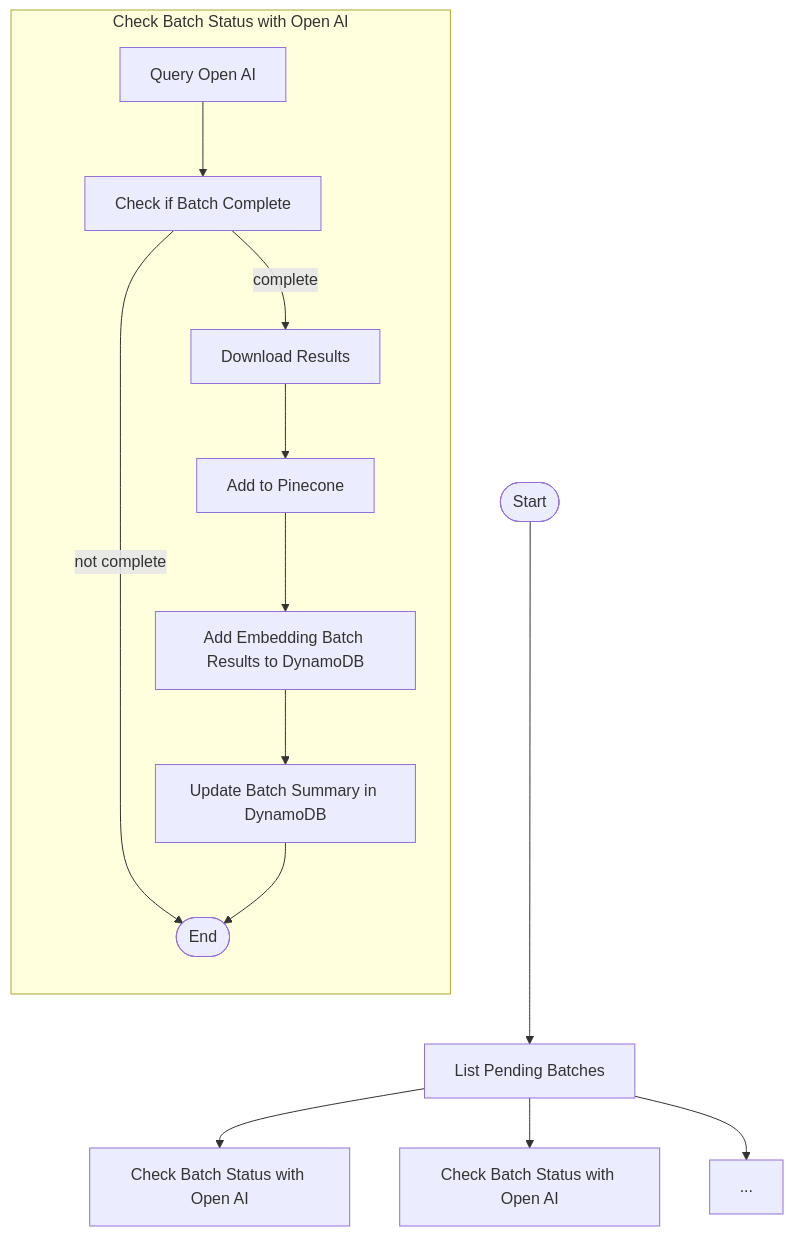
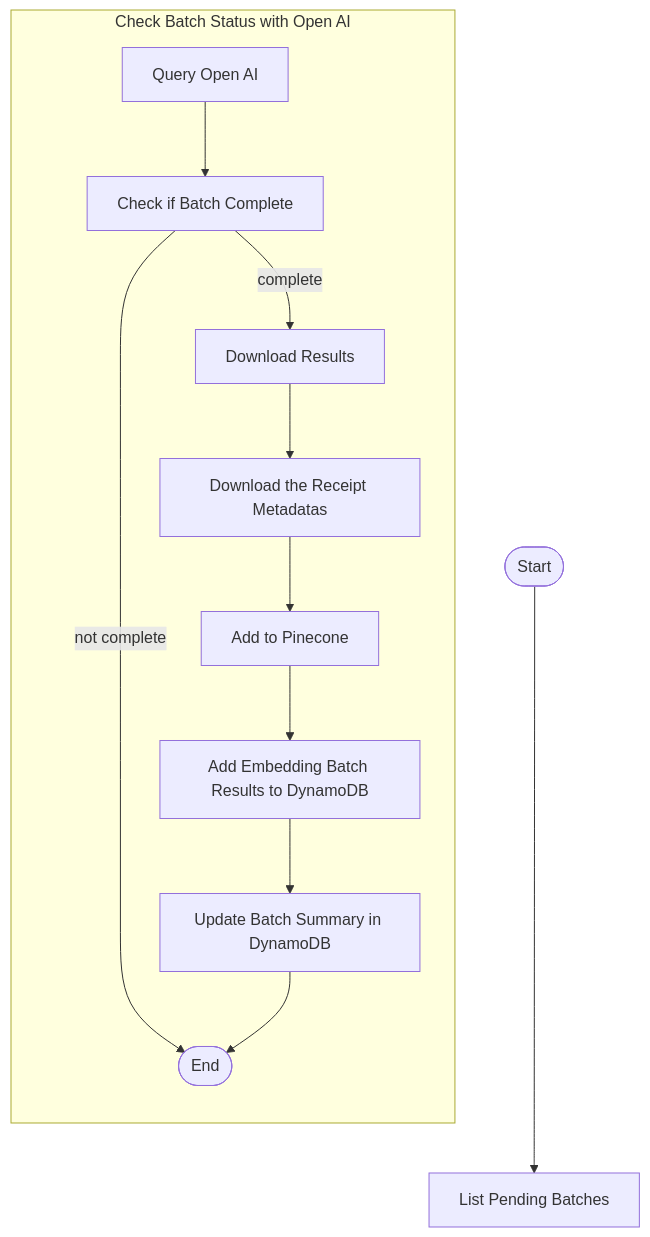
The diagram in receipt_label/receipt_label/poll_embedding_batch/README.md (tnorlund/Portfolio), drawn with Mermaid before and after one commit. The commit also changed other lines of this file and 12 other files, not shown here.

````diff
--- a/receipt_label/receipt_label/poll_embedding_batch/README.md
+++ b/receipt_label/receipt_label/poll_embedding_batch/README.md
@@ -5,19 +28,18 @@
 ```mermaid
 flowchart TD
     Start([Start]) --> ListPendingEmbeddingBatches["List Pending Batches"]
-    ListPendingEmbeddingBatches --> RetrieveBatchStatus0["Check Batch Status with Open AI"]
-    ListPendingEmbeddingBatches --> RetrieveBatchStatus1["Check Batch Status with Open AI"]
-    ListPendingEmbeddingBatches --> RetrieveBatchEllipsis["..."]
+
 
     subgraph "Check Batch Status with Open AI"
         direction TB
         RetrieveBatchStatus["Query Open AI"] --> IsBatchComplete["Check if Batch Complete"]
         IsBatchComplete -->|complete| DownloadResults["Download Results"]
         IsBatchComplete -->|not complete| End([End])
-        DownloadResults --> UpsertPinecone["Add to Pinecone"]
+        DownloadResults --> get_receipt_descriptions["Download the Receipt Metadatas"]
+        get_receipt_descriptions --> UpsertPinecone["Add to Pinecone"]
         UpsertPinecone --> AddEmbeddingBatchResult["Add Embedding Batch Results to DynamoDB"]
         AddEmbeddingBatchResult --> UpdateBatchSummary["Update Batch Summary in DynamoDB"]
     end
 
     UpdateBatchSummary --> End([End])
 ```
````
